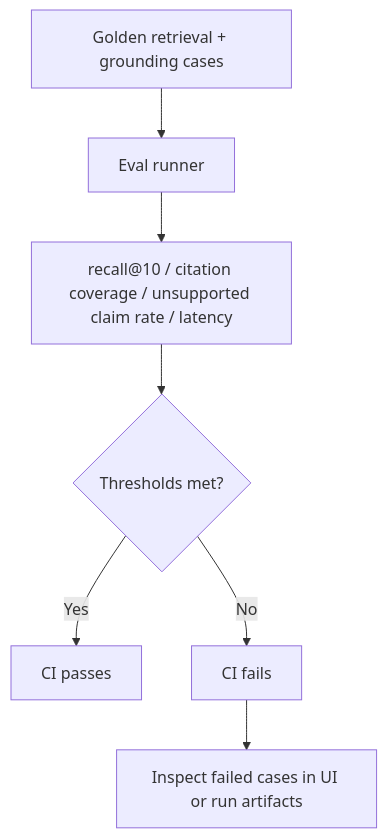
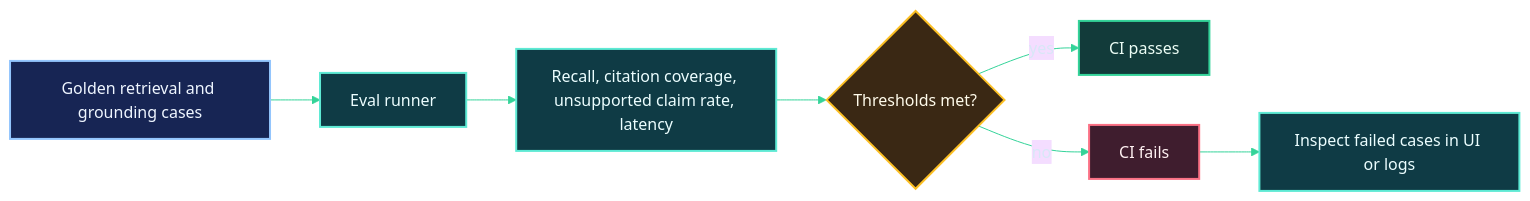
Before and after one commit to PSR94/citadel: the sixth of 7 diagrams in README.md, drawn with Mermaid. The commit also changed other lines of this file and 5 other files, not shown here.

Commit message:
Refresh README visuals and architecture diagrams

````diff
--- a/README.md
+++ b/README.md
@@ -155,9 +258,21 @@
 ```mermaid
-flowchart TD
-  Cases["Golden retrieval + grounding cases"] --> Eval["Eval runner"]
-  Eval --> Metrics["recall@10 / citation coverage / unsupported claim rate / latency"]
-  Metrics --> Gate{"Thresholds met?"}
-  Gate -->|Yes| Pass["CI passes"]
-  Gate -->|No| Fail["CI fails"]
-  Fail --> Review["Inspect failed cases in UI or run artifacts"]
+%%{init: {'theme':'base','themeVariables': {'background':'#06101a','primaryTextColor':'#d8e7f7','lineColor':'#34d399','fontFamily':'Arial','fontSize':'16px'}}}%%
+flowchart LR
+  CASES["Golden retrieval and grounding cases"] --> RUN["Eval runner"]
+  RUN --> METRICS["Recall, citation coverage, unsupported claim rate, latency"]
+  METRICS --> GATE{"Thresholds met?"}
+  GATE -->|yes| PASS["CI passes"]
+  GATE -->|no| FAIL["CI fails"]
+  FAIL --> REVIEW["Inspect failed cases in UI or logs"]
+
+  classDef case fill:#172554,stroke:#93c5fd,color:#eff6ff,stroke-width:2px;
+  classDef eval fill:#0f3b45,stroke:#5eead4,color:#ecfeff,stroke-width:2px;
+  classDef gate fill:#3a2814,stroke:#fbbf24,color:#fffbeb,stroke-width:2px;
+  classDef good fill:#123b3a,stroke:#34d399,color:#ecfdf5,stroke-width:2px;
+  classDef bad fill:#3f1d2e,stroke:#fb7185,color:#fff1f2,stroke-width:2px;
+  class CASES case;
+  class RUN,METRICS,REVIEW eval;
+  class GATE gate;
+  class PASS good;
+  class FAIL bad;
 ```
````
